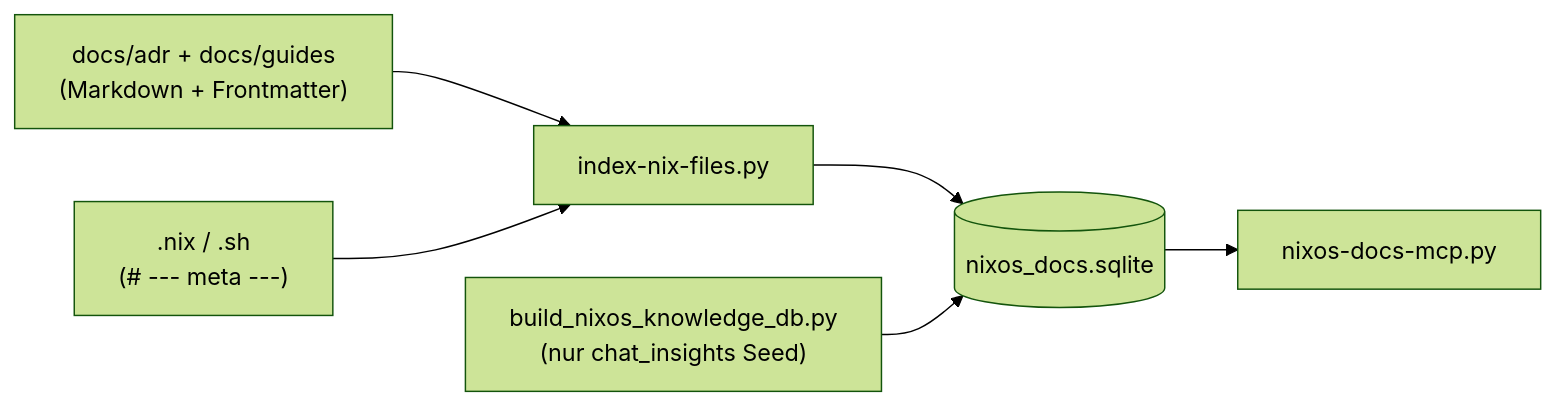
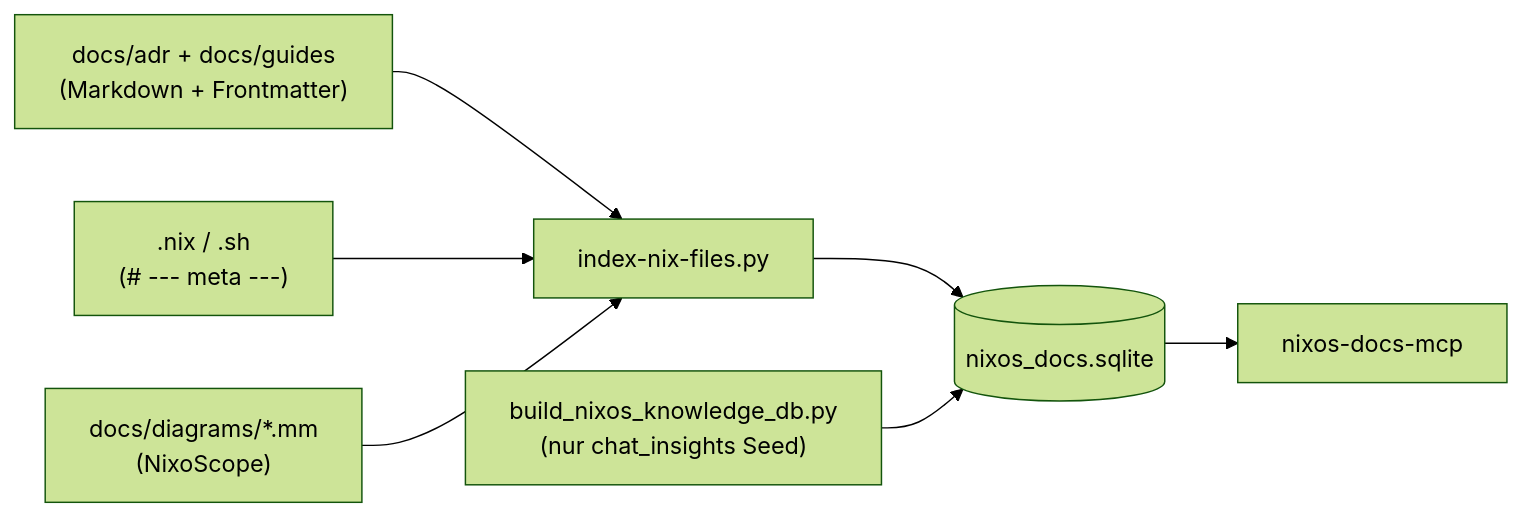
Before and after one commit to grapefruit89/Nix-Grok: the diagram in docs/guides/GUIDE-knowledge-db.md, drawn with Mermaid (forest theme). The commit also changed other lines of this file and 72 other files, not shown here.

````diff
--- a/docs/guides/GUIDE-knowledge-db.md
+++ b/docs/guides/GUIDE-knowledge-db.md
@@ -24,15 +25,17 @@
 ```mermaid
 flowchart LR
   MD["docs/adr + docs/guides\n(Markdown + Frontmatter)"]
   NIX[".nix / .sh\n(# --- meta ---)"]
+  MM["docs/diagrams/*.mm\n(NixoScope)"]
   IDX["index-nix-files.py"]
   SEED["build_nixos_knowledge_db.py\n(nur chat_insights Seed)"]
   DB[("nixos_docs.sqlite")]
-  MCP["nixos-docs-mcp.py"]
+  MCP["nixos-docs-mcp"]
 
   MD --> IDX
   NIX --> IDX
+  MM --> IDX
   IDX --> DB
   SEED --> DB
   DB --> MCP
 ```
````
